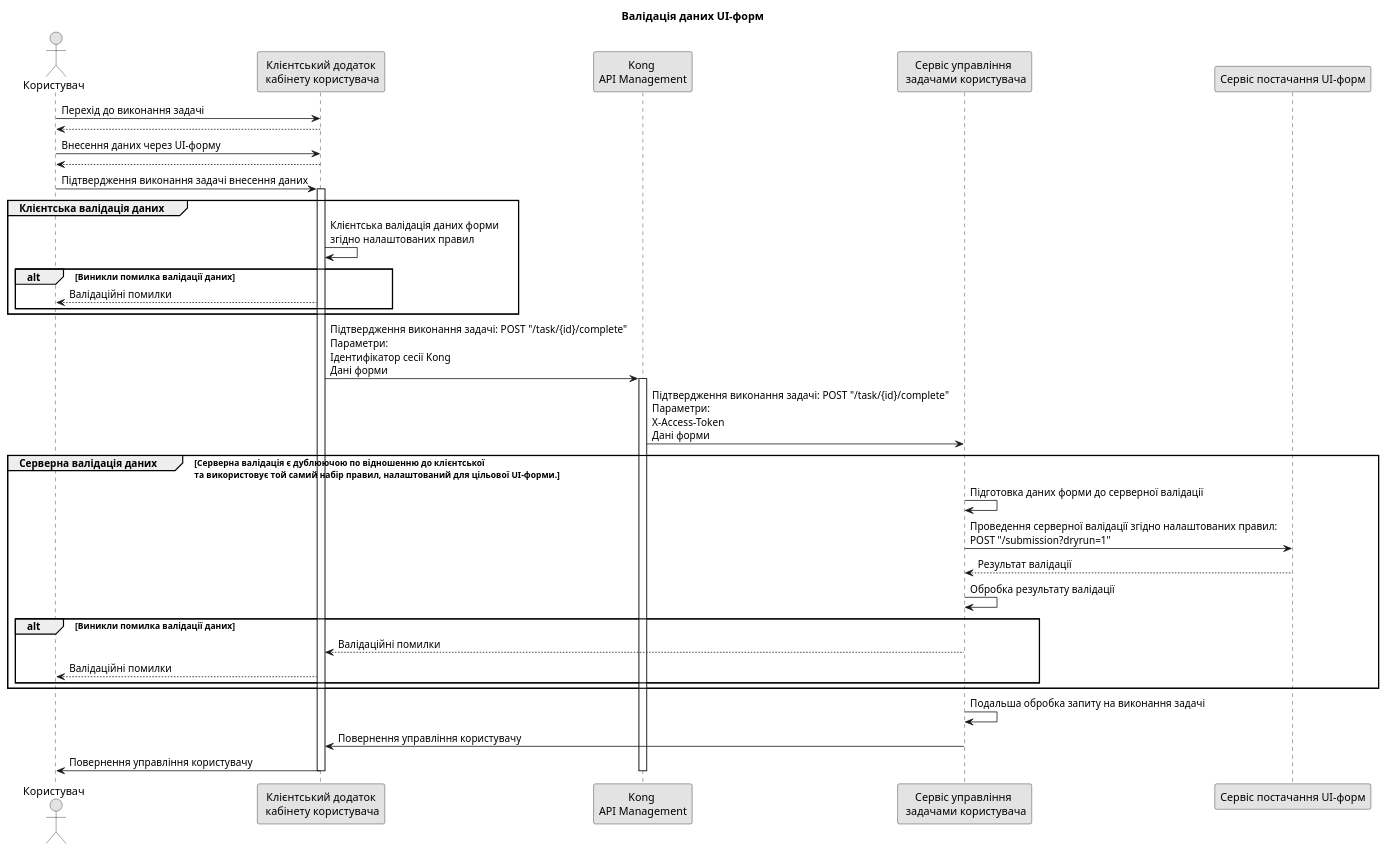
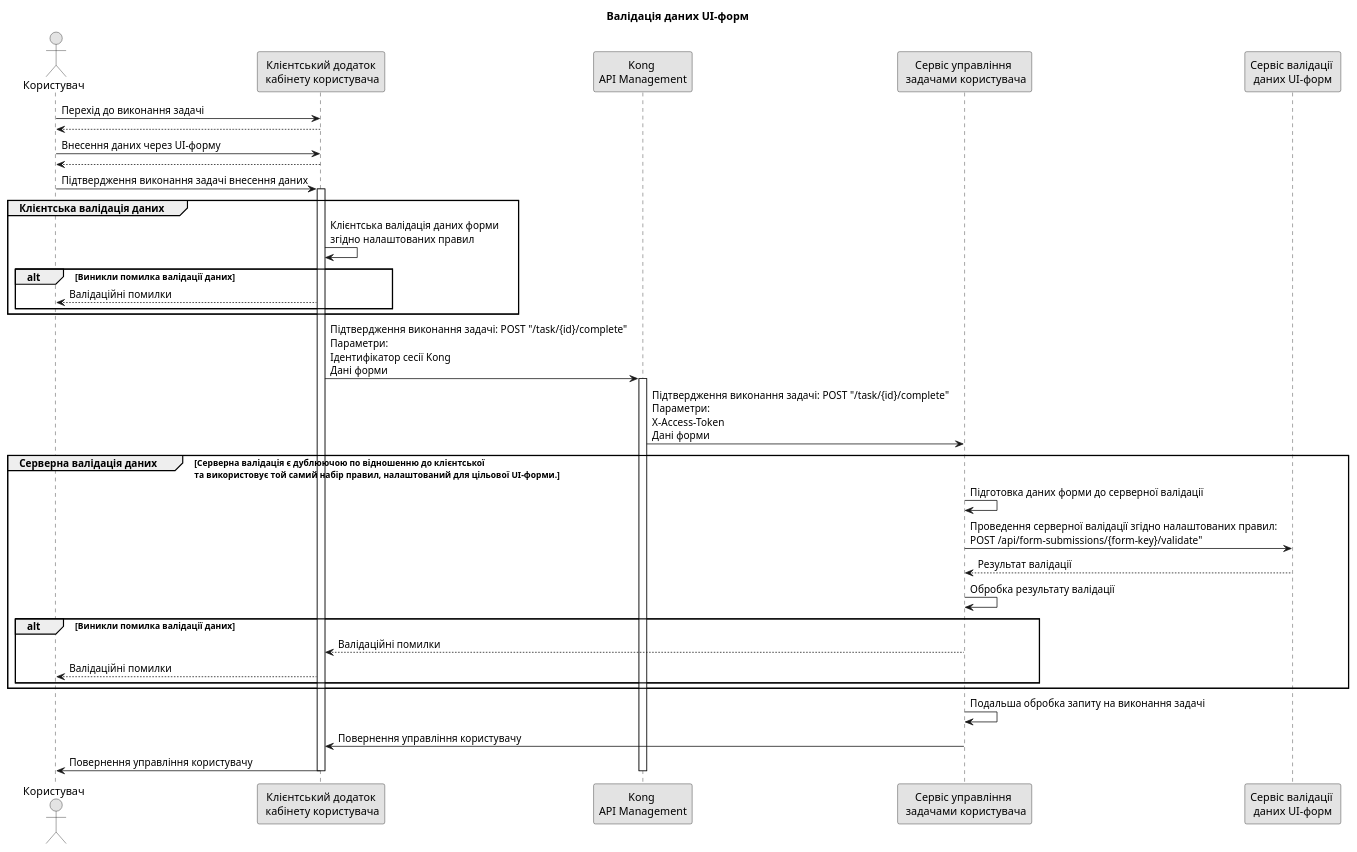
One commit to epam/edp-ddm-architecture changed the diagram in modules/tech/partials/lowcode/form-validation.puml. Above: the diagram before and after it, drawn with PlantUML. The commit also changed 9 other files, not shown here.

Commit message:
[MDTUDDM-11923] Technical design for UI-form schema management & versioning

```diff
--- a/modules/tech/partials/lowcode/form-validation.puml
+++ b/modules/tech/partials/lowcode/form-validation.puml
@@ -1,45 +1,45 @@
 @startuml
 skinparam monochrome true
 
 actor "Користувач" as user
 participant "Клієнтський додаток\n кабінету користувача" as cabinet
 participant "Kong \nAPI Management" as kong
 participant "Сервіс управління \n задачами користувача" as user_task_mngmnt
-participant "Сервіс постачання UI-форм" as form_provider
+participant "Сервіс валідації \nданих UI-форм" as form_submission_validation
 
 skinparam responseMessageBelowArrow false
 title Валідація даних UI-форм
 
 user -> cabinet: Перехід до виконання задачі
 return
 user -> cabinet: Внесення даних через UI-форму
 return
 
 user -> cabinet: Підтвердження виконання задачі внесення даних
 activate cabinet
   group Клієнтська валідація даних
     cabinet -> cabinet: Клієнтська валідація даних форми \nзгідно налаштованих правил
     alt Виникли помилка валідації даних
       cabinet --> user: Валідаційні помилки
     end
   end
   cabinet -> kong: Підтвердження виконання задачі: POST "/task/{id}/complete" \nПараметри: \nІдентифікатор сесії Kong \nДані форми
   activate kong
     kong -> user_task_mngmnt: Підтвердження виконання задачі: POST "/task/{id}/complete" \nПараметри: \nX-Access-Token \nДані форми
     group Серверна валідація даних [Серверна валідація є дублюючою по відношенню до клієнтської \nта використовує той самий набір правил, налаштований для цільової UI-форми.]
       user_task_mngmnt -> user_task_mngmnt: Підготовка даних форми до серверної валідації
-      user_task_mngmnt -> form_provider: Проведення серверної валідації згідно налаштованих правил: \nPOST "/submission?dryrun=1"
-      form_provider --> user_task_mngmnt: Результат валідації
+      user_task_mngmnt -> form_submission_validation: Проведення серверної валідації згідно налаштованих правил: \nPOST /api/form-submissions/{form-key}/validate"
+      form_submission_validation --> user_task_mngmnt: Результат валідації
       user_task_mngmnt -> user_task_mngmnt: Обробка результату валідації
       alt Виникли помилка валідації даних
         user_task_mngmnt --> cabinet: Валідаційні помилки
         cabinet --> user: Валідаційні помилки
       end
     end
     user_task_mngmnt -> user_task_mngmnt: Подальша обробка запиту на виконання задачі
     user_task_mngmnt -> cabinet: Повернення управління користувачу
     cabinet -> user: Повернення управління користувачу
   deactivate
 deactivate
 
 @enduml
```
